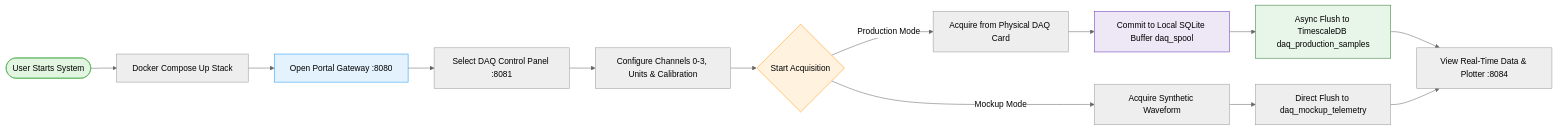
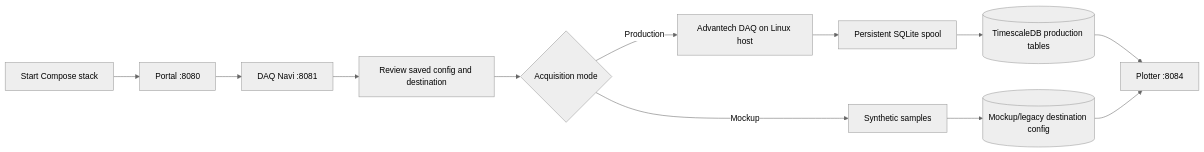
One commit to Faiisu/IIoT-data-ingest changed the first of 2 diagrams in README.md. Above: the diagram before and after it, drawn with Mermaid (neutral theme). The commit also changed other lines of this file and 15 other files, not shown here.

````diff
--- a/README.md
+++ b/README.md
@@ -17,25 +16,14 @@
 ```mermaid
 graph LR
-    Start([User Starts System]) --> ComposeUp[Docker Compose Up Stack]
-    ComposeUp --> AccessPortal[Open Portal Gateway :8080]
-    AccessPortal --> SelectDAQ[Select DAQ Control Panel :8081]
-    
-    SelectDAQ --> AdjustConfig[Configure Channels 0-3, Units & Calibration]
-    AdjustConfig --> StartStream{Start Acquisition}
-    
-    StartStream -->|Production Mode| StartProd[Acquire from Physical DAQ Card]
-    StartStream -->|Mockup Mode| StartMock[Acquire Synthetic Waveform]
-    
-    StartProd --> SpoolCommit[Commit to Local SQLite Buffer daq_spool]
-    SpoolCommit --> TimescaleFlush[Async Flush to TimescaleDB daq_production_samples]
-    StartMock --> MockFlush[Direct Flush to daq_mockup_telemetry]
-    
-    TimescaleFlush --> OpenPlotter[View Real-Time Data & Plotter :8084]
-    MockFlush --> OpenPlotter
-    
-    style Start fill:#e1f5e1,stroke:#4caf50,color:#000
-    style AccessPortal fill:#e3f2fd,stroke:#2196f3,color:#000
-    style StartStream fill:#fff3e0,stroke:#ff9800,color:#000
-    style SpoolCommit fill:#ede7f6,stroke:#673ab7,color:#000
-    style TimescaleFlush fill:#e8f5e9,stroke:#2e7d32,color:#000
+    Up[Start Compose stack] --> Portal[Portal :8080]
+    Portal --> DAQ[DAQ Navi :8081]
+    DAQ --> Config[Review saved config and destination]
+    Config --> Mode{Acquisition mode}
+    Mode -->|Production| Device[Advantech DAQ on Linux host]
+    Mode -->|Mockup| Synthetic[Synthetic samples]
+    Device --> Spool[Persistent SQLite spool]
+    Spool --> Production[(TimescaleDB production tables)]
+    Synthetic --> Mock[(Mockup/legacy destination config)]
+    Production --> Plotter[Plotter :8084]
+    Mock --> Plotter
 ```
````
